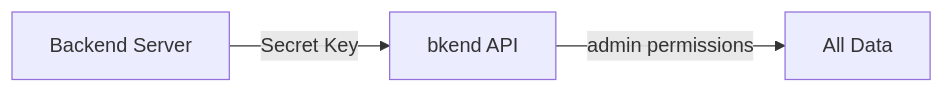
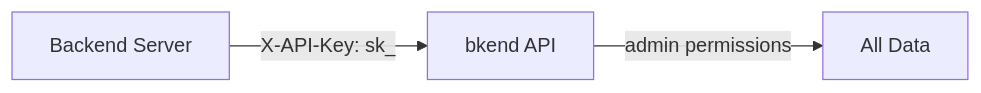
Before and after one commit to popup-studio-ai/bkend-docs: the second of 2 diagrams in en/security/03-public-vs-secret.md, drawn with Mermaid. The commit also changed other lines of this file and 365 other files, not shown here.

````diff
--- a/en/security/03-public-vs-secret.md
+++ b/en/security/03-public-vs-secret.md
@@ -96,5 +100,5 @@
 ```mermaid
 flowchart LR
-    A[Backend Server] -->|Secret Key| B[bkend API]
+    A[Backend Server] -->|"X-API-Key: sk_"| B[bkend API]
     B -->|admin permissions| C[All Data]
 ```
````
